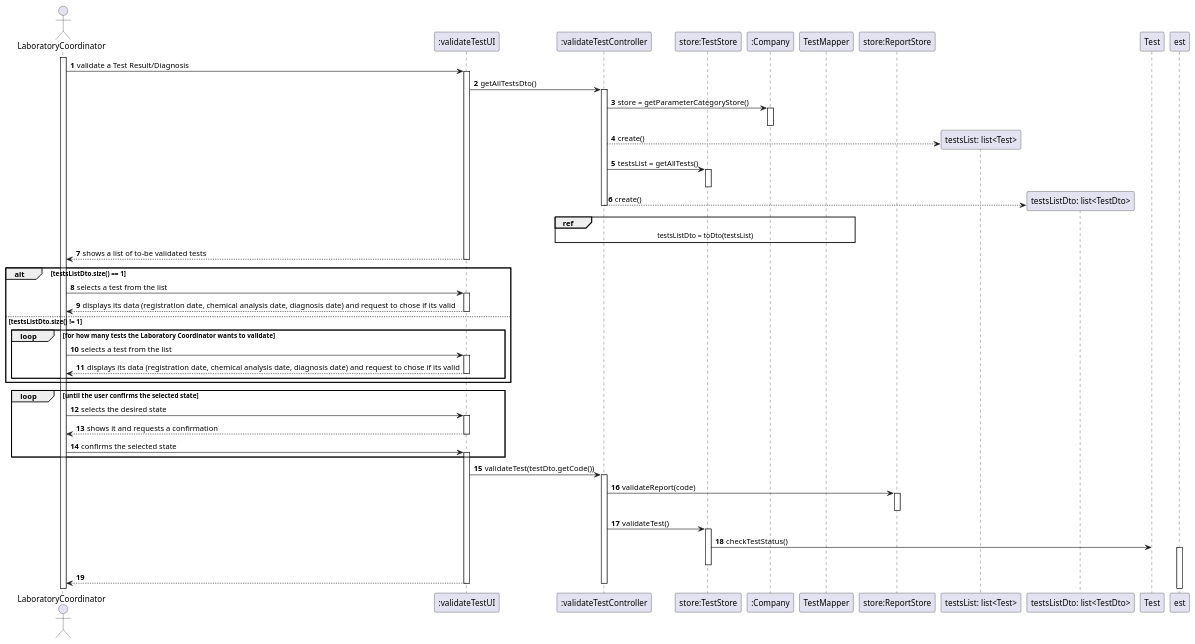
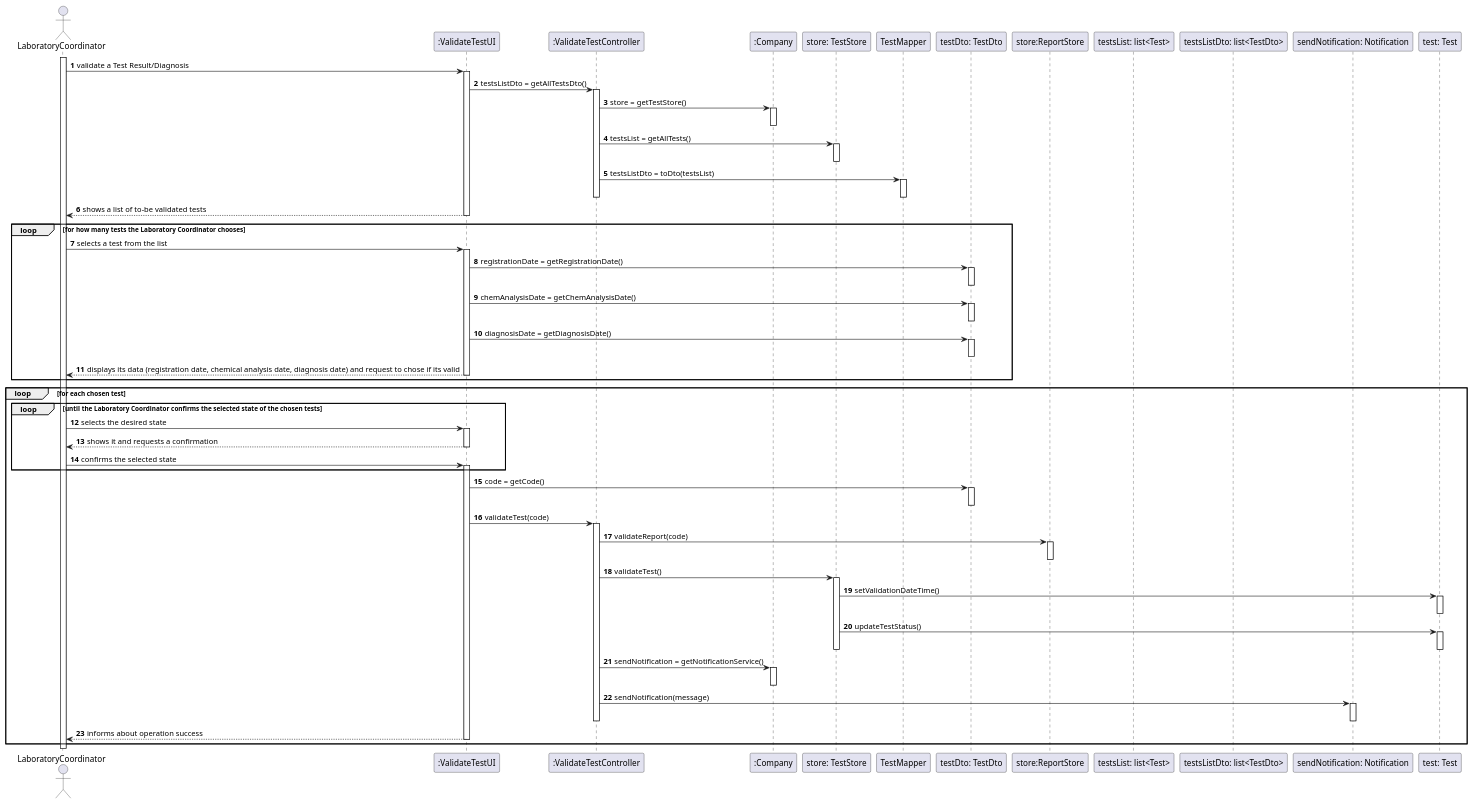
One commit to 0franciscor/lei-21-s2-1de-g19 changed the diagram in docs/SprintC/US15/US15-SD.puml. Above: the diagram before and after it, drawn with PlantUML. The commit also changed 13 other files, not shown here.

Commit message:
[US15 e US9] - Alteração dos diagramas SD, CD e SSD, MD

```diff
--- a/docs/SprintC/US15/US15-SD.puml
+++ b/docs/SprintC/US15/US15-SD.puml
@@ -1,109 +1,139 @@
 @startuml
 autonumber
+
 actor "LaboratoryCoordinator" as labC
 activate labC
 
-participant ":validateTestUI" as validateTestUI
-participant ":validateTestController" as validateTestCont
-participant "store:TestStore" as TestStore
+participant ":ValidateTestUI" as validateTestUI
+participant ":ValidateTestController" as validateTestCont
 participant ":Company" as comp
+participant "store: TestStore" as TestStore
 participant "TestMapper" as TestMapper
+participant "testDto: TestDto" as TestDto
 participant "store:ReportStore" as ReportStore
+participant "testsList: list<Test>" as testsList
+participant "testsListDto: list<TestDto>" as testsListDto
+participant "sendNotification: Notification" as notification
+participant "test: Test" as test
+
 
 labC -> validateTestUI : validate a Test Result/Diagnosis
 
+
 activate validateTestUI
-validateTestUI -> validateTestCont: getAllTestsDto()
+validateTestUI -> validateTestCont: testsListDto = getAllTestsDto()
 
 
 activate validateTestCont
 
-validateTestCont -> comp : store = getParameterCategoryStore()
+
+validateTestCont -> comp : store = getTestStore()
 activate comp
 deactivate comp
 
-
-create "testsList: list<Test>" as testsList
-
-validateTestCont --> testsList : create()
 
 validateTestCont -> TestStore : testsList = getAllTests()
 activate TestStore
 deactivate TestStore
 
-create "testsListDto: list<TestDto>" as testsListDto
-validateTestCont --> testsListDto : create()
 
-
-
-ref over validateTestCont, TestMapper : testsListDto = toDto(testsList)
-
-
+validateTestCont -> TestMapper : testsListDto = toDto(testsList)
+activate TestMapper
+deactivate TestMapper
 
 
 deactivate validateTestCont
 
 
 validateTestUI --> labC : shows a list of to-be validated tests
 deactivate validateTestUI
 
 
-alt testsListDto.size() == 1
+loop for how many tests the Laboratory Coordinator chooses
 labC -> validateTestUI : selects a test from the list
 activate validateTestUI
-validateTestUI --> labC : displays its data (registration date, chemical analysis date, diagnosis date) and request to chose if its valid
-deactivate validateTestUI
 
-else testsListDto.size() != 1
 
-loop for how many tests the Laboratory Coordinator wants to validate
-labC -> validateTestUI : selects a test from the list
-activate validateTestUI
+validateTestUI -> TestDto : registrationDate = getRegistrationDate()
+activate TestDto
+deactivate TestDto
+
+
+validateTestUI -> TestDto : chemAnalysisDate = getChemAnalysisDate()
+activate TestDto
+deactivate TestDto
+
+
+validateTestUI -> TestDto : diagnosisDate = getDiagnosisDate()
+activate TestDto
+deactivate TestDto
+
+
 validateTestUI --> labC : displays its data (registration date, chemical analysis date, diagnosis date) and request to chose if its valid
 deactivate validateTestUI
 end
-end alt
+
 
 
 
 deactivate validateTestUI
 
+loop for each chosen test
 
-loop until the user confirms the selected state
+loop until the Laboratory Coordinator confirms the selected state of the chosen tests
 labC -> validateTestUI : selects the desired state
 activate validateTestUI
 
 
 validateTestUI --> labC : shows it and requests a confirmation
 deactivate validateTestUI
 
 labC -> validateTestUI : confirms the selected state
 activate validateTestUI
 end
 
 
-validateTestUI -> validateTestCont : validateTest(testDto.getCode())
+validateTestUI -> TestDto : code = getCode()
+activate TestDto
+deactivate TestDto
+
+
+validateTestUI -> validateTestCont : validateTest(code)
 
 
 activate validateTestCont
 validateTestCont -> ReportStore : validateReport(code)
 activate ReportStore
 deactivate ReportStore
 
 validateTestCont -> TestStore : validateTest()
 activate TestStore
 
 
-TestStore -> Test : checkTestStatus()
-activate est
-deactivate Test
+TestStore -> test : setValidationDateTime()
+activate test
+deactivate test
+
+
+TestStore -> test : updateTestStatus()
+activate test
+deactivate test
 deactivate TestStore
 
 
+validateTestCont -> comp: sendNotification = getNotificationService()
+activate comp
+deactivate comp
+
+validateTestCont -> notification: sendNotification(message)
+activate notification
+deactivate notification
+deactivate validateTestCont
 
 
-
-validateTestUI --> labC
+validateTestUI --> labC : informs about operation success
 deactivate validateTestCont
 deactivate validateTestUI
+
+end
 @enduml
```
